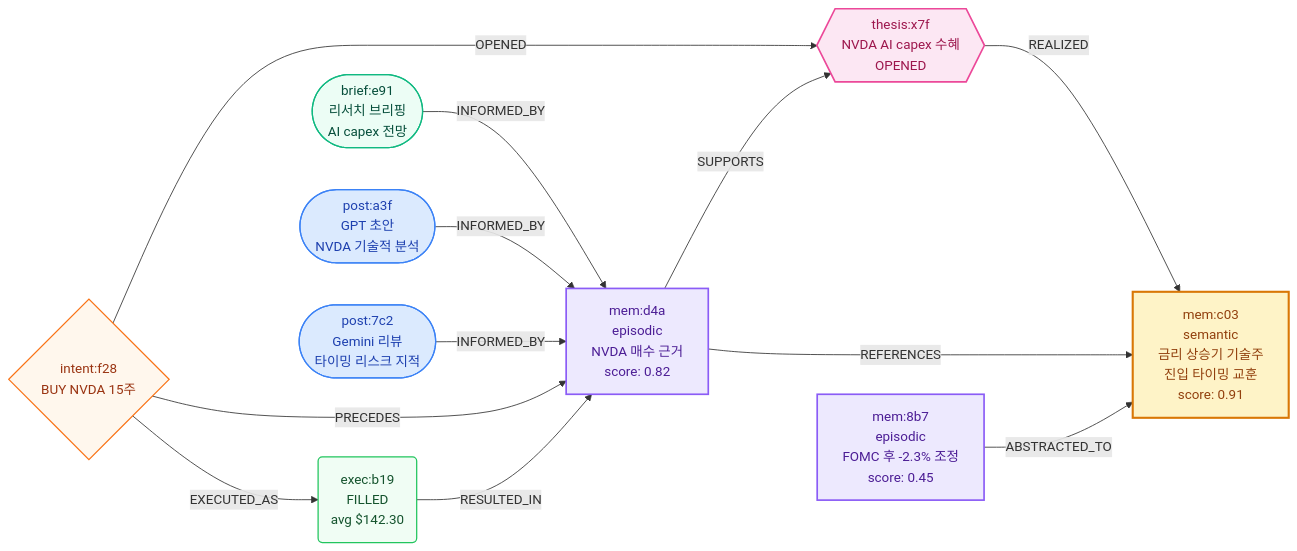
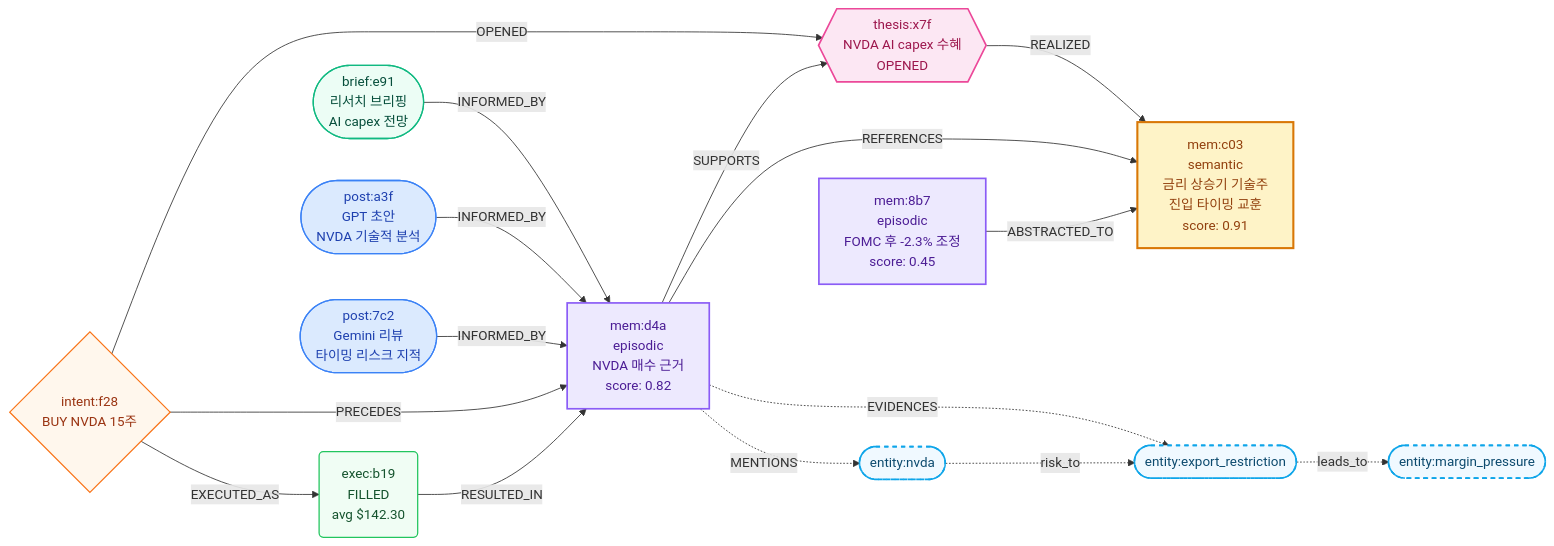
One commit to midnightnnn/llm_invest changed the third of 3 diagrams in README_KO.md. Above: the diagram before and after it, drawn with Mermaid. The commit also changed other lines of this file and 8 other files, not shown here.

````diff
--- a/README_KO.md
+++ b/README_KO.md
@@ -379,49 +389,61 @@
 ```mermaid
 graph LR
     %% ─── Cycle 42: GPT가 NVDA를 분석하고 매수 ───
     B1(["post:a3f\nGPT 초안\nNVDA 기술적 분석"])
     B2(["post:7c2\nGemini 리뷰\n타이밍 리스크 지적"])
     R1(["brief:e91\n리서치 브리핑\nAI capex 전망"])
 
     M1["mem:d4a\nepisodic\nNVDA 매수 근거\nscore: 0.82"]
     I1{"intent:f28\nBUY NVDA 15주"}
     E1("exec:b19\nFILLED\navg $142.30")
 
     R1 -->|INFORMED_BY| M1
     B1 -->|INFORMED_BY| M1
     B2 -->|INFORMED_BY| M1
     I1 -->|PRECEDES| M1
     E1 -->|RESULTED_IN| M1
     I1 -->|EXECUTED_AS| E1
 
     %% ─── Thesis: 매수 근거를 추적하는 투자 논제 ───
     T1{{"thesis:x7f\nNVDA AI capex 수혜\nOPENED"}}
 
     I1 -->|OPENED| T1
     M1 -->|SUPPORTS| T1
 
     %% ─── Cycle 55: 압축 → semantic 교훈 ───
     M2["mem:8b7\nepisodic\nFOMC 후 -2.3% 조정\nscore: 0.45"]
     M3["mem:c03\nsemantic\n금리 상승기 기술주\n진입 타이밍 교훈\nscore: 0.91"]
 
     T1 -->|REALIZED| M3
     M1 -->|REFERENCES| M3
     M2 -->|ABSTRACTED_TO| M3
 
+    %% ─── 시맨틱 관계 그래프 (개념 레이어) ───
+    SN1([entity:nvda])
+    SN2([entity:export_restriction])
+    SN3([entity:margin_pressure])
+
+    M1 -.->|MENTIONS| SN1
+    M1 -.->|EVIDENCES| SN2
+    SN1 -.->|risk_to| SN2
+    SN2 -.->|leads_to| SN3
+
     %% ─── Styles ───
     classDef post fill:#dbeafe,stroke:#3b82f6,stroke-width:1.5px,color:#1e40af
     classDef brief fill:#ecfdf5,stroke:#10b981,stroke-width:1.5px,color:#064e3b
     classDef mem fill:#ede9fe,stroke:#8b5cf6,stroke-width:2px,color:#4c1d95
     classDef semantic fill:#fef3c7,stroke:#d97706,stroke-width:2.5px,color:#92400e
     classDef intent fill:#fff7ed,stroke:#f97316,stroke-width:1.5px,color:#9a3412
     classDef exec fill:#f0fdf4,stroke:#22c55e,stroke-width:1.5px,color:#14532d
     classDef thesis fill:#fce7f3,stroke:#ec4899,stroke-width:2px,color:#9d174d
+    classDef entity fill:#f0f9ff,stroke:#0ea5e9,stroke-width:2px,color:#0c4a6e,stroke-dasharray:5 5
 
     class B1,B2 post
     class R1 brief
     class M1,M2 mem
     class M3 semantic
     class I1 intent
     class E1 exec
     class T1 thesis
+    class SN1,SN2,SN3 entity
 ```
````
